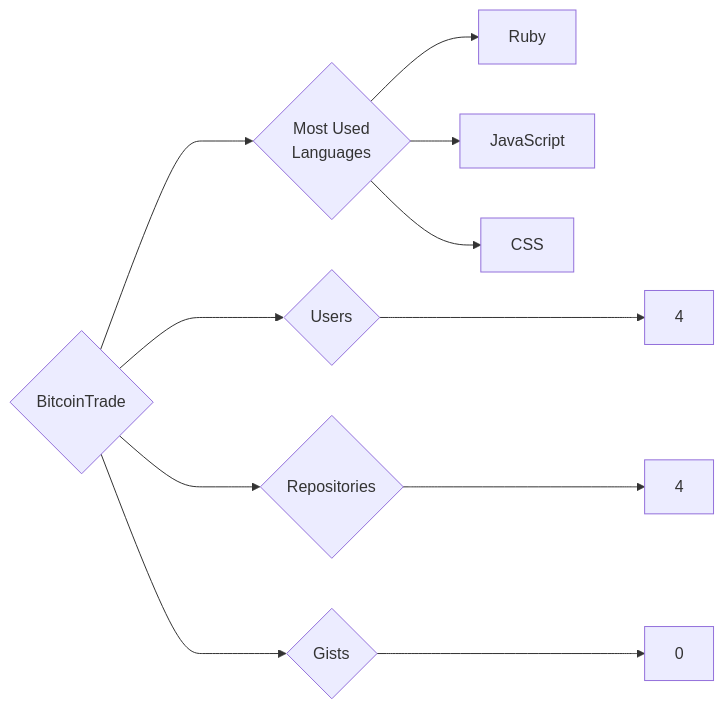
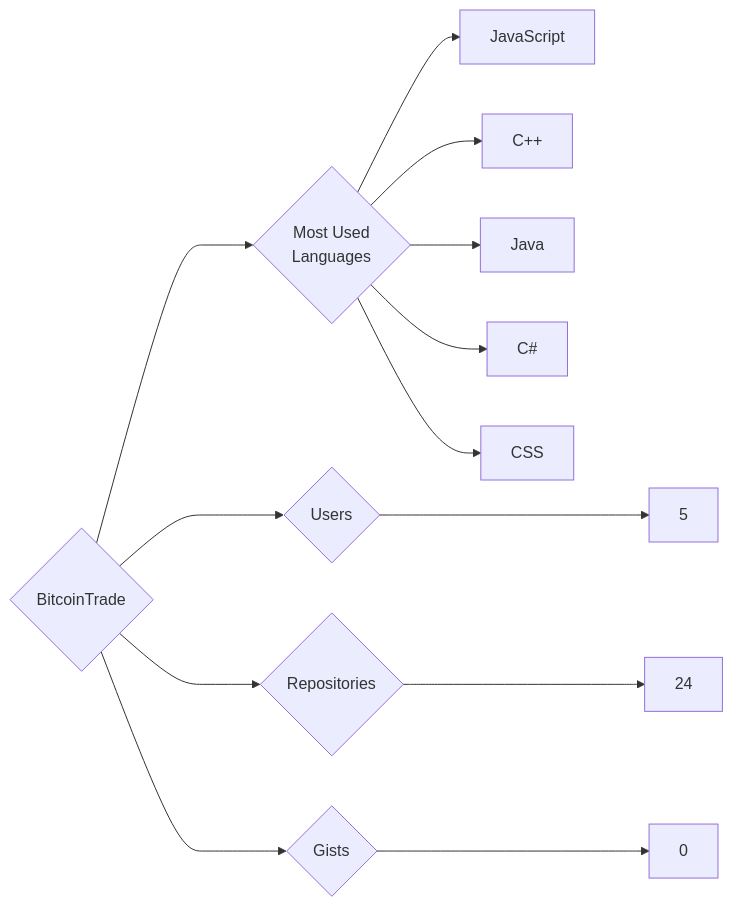
The diagram in targets/BitcoinTrade/README.md (trickest/insiders), drawn with Mermaid before and after one commit. The commit also changed 681 other files, not shown here.

````diff
--- a/targets/BitcoinTrade/README.md
+++ b/targets/BitcoinTrade/README.md
@@ -3,11 +3,13 @@
 ```mermaid
 graph LR
 COMPANY_NAME{BitcoinTrade}
-COMPANY_NAME ---> U{Users} ---> UN[4]
-COMPANY_NAME ---> R{Repositories} ---> RN[4]
+COMPANY_NAME ---> U{Users} ---> UN[5]
+COMPANY_NAME ---> R{Repositories} ---> RN[24]
 COMPANY_NAME ---> G{Gists} ---> GN[0]
 COMPANY_NAME ---> ML{Most Used<br>Languages}
-ML --> Ruby[Ruby]
 ML --> JavaScript[JavaScript]
+ML --> C++[C++]
+ML --> Java[Java]
+ML --> C#[C#]
 ML --> CSS[CSS]
 ```
````
